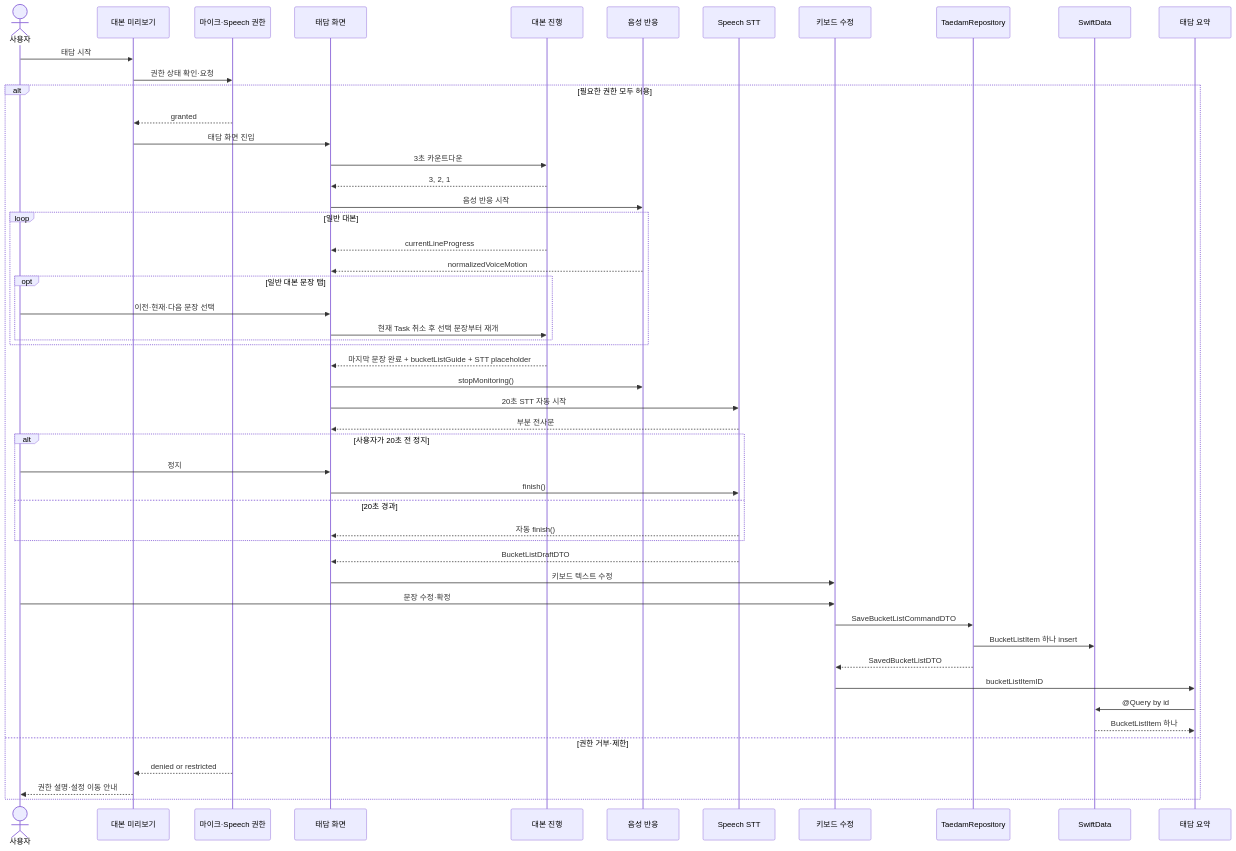
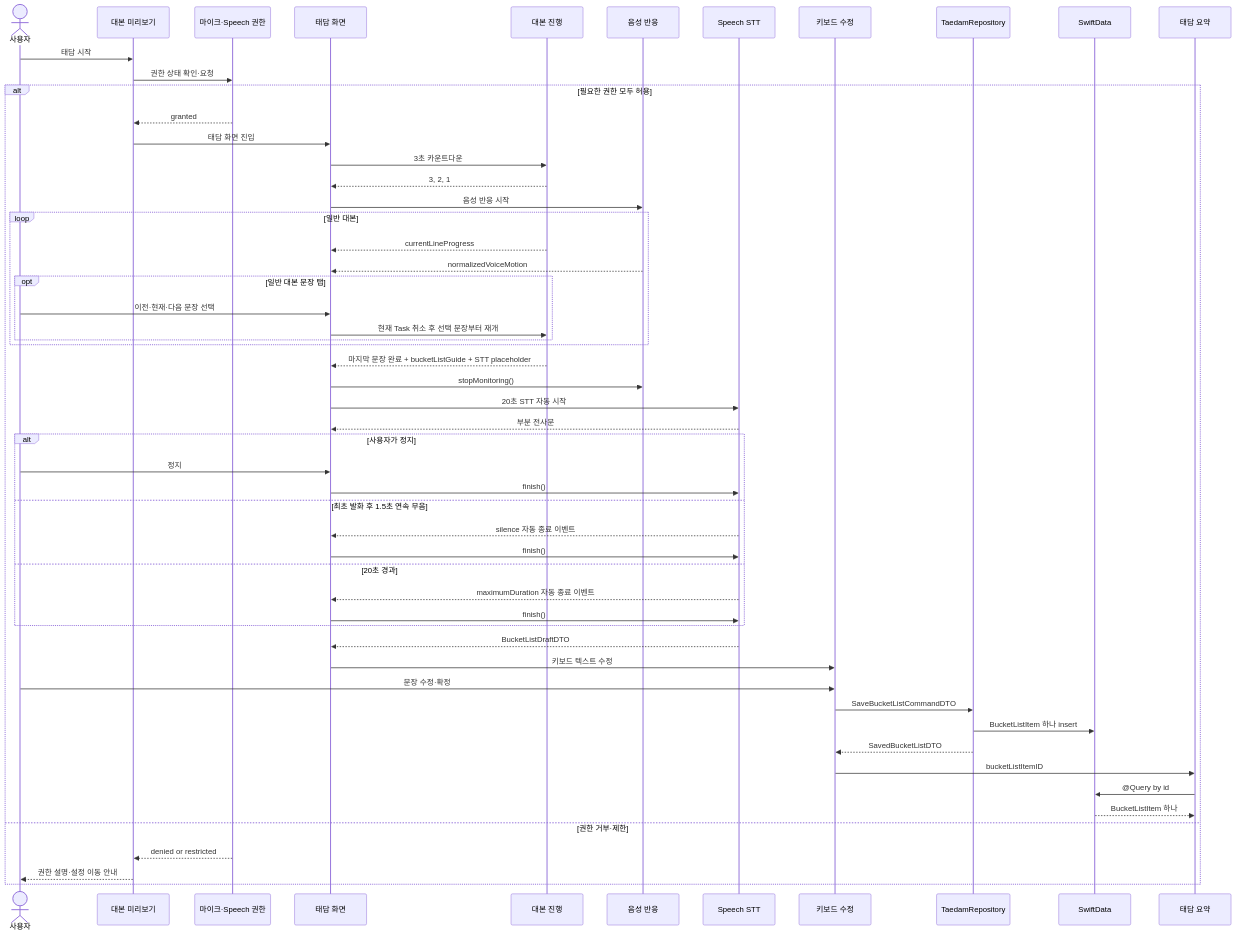
One commit to DeveloperAcademy-POSTECH/2026-C4-M15-siboya changed the diagram in docs/design/taedam-session-spec.md. Above: the diagram before and after it, drawn with Mermaid. The commit also changed other lines of this file and 1 other file, not shown here.

````diff
--- a/docs/design/taedam-session-spec.md
+++ b/docs/design/taedam-session-spec.md
@@ -110,54 +125,58 @@
 ```mermaid
 sequenceDiagram
     actor User as 사용자
     participant Preview as 대본 미리보기
     participant Permission as 마이크·Speech 권한
     participant Screen as 태담 화면
     participant Progress as 대본 진행
     participant Motion as 음성 반응
     participant Speech as Speech STT
     participant Keyboard as 키보드 수정
     participant Repository as TaedamRepository
     participant Data as SwiftData
     participant Summary as 태담 요약
 
     User->>Preview: 태담 시작
     Preview->>Permission: 권한 상태 확인·요청
     alt 필요한 권한 모두 허용
         Permission-->>Preview: granted
         Preview->>Screen: 태담 화면 진입
         Screen->>Progress: 3초 카운트다운
         Progress-->>Screen: 3, 2, 1
         Screen->>Motion: 음성 반응 시작
         loop 일반 대본
             Progress-->>Screen: currentLineProgress
             Motion-->>Screen: normalizedVoiceMotion
             opt 일반 대본 문장 탭
                 User->>Screen: 이전·현재·다음 문장 선택
                 Screen->>Progress: 현재 Task 취소 후 선택 문장부터 재개
             end
         end
         Progress-->>Screen: 마지막 문장 완료 + bucketListGuide + STT placeholder
         Screen->>Motion: stopMonitoring()
         Screen->>Speech: 20초 STT 자동 시작
         Speech-->>Screen: 부분 전사문
-        alt 사용자가 20초 전 정지
+        alt 사용자가 정지
             User->>Screen: 정지
             Screen->>Speech: finish()
+        else 최초 발화 후 1.5초 연속 무음
+            Speech-->>Screen: silence 자동 종료 이벤트
+            Screen->>Speech: finish()
         else 20초 경과
-            Speech-->>Screen: 자동 finish()
+            Speech-->>Screen: maximumDuration 자동 종료 이벤트
+            Screen->>Speech: finish()
         end
         Speech-->>Screen: BucketListDraftDTO
         Screen->>Keyboard: 키보드 텍스트 수정
         User->>Keyboard: 문장 수정·확정
         Keyboard->>Repository: SaveBucketListCommandDTO
         Repository->>Data: BucketListItem 하나 insert
         Repository-->>Keyboard: SavedBucketListDTO
         Keyboard->>Summary: bucketListItemID
         Summary->>Data: @Query by id
         Data-->>Summary: BucketListItem 하나
     else 권한 거부·제한
         Permission-->>Preview: denied or restricted
         Preview-->>User: 권한 설명·설정 이동 안내
     end
 ```
````
